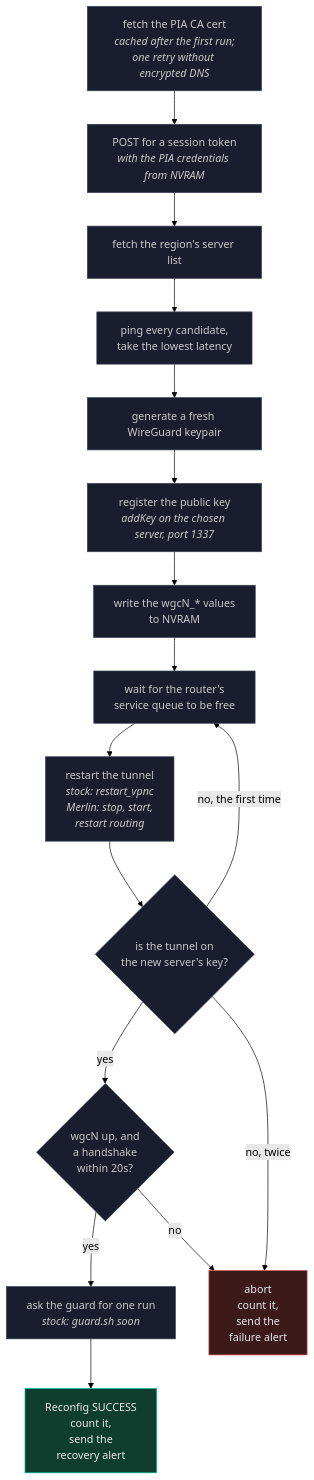
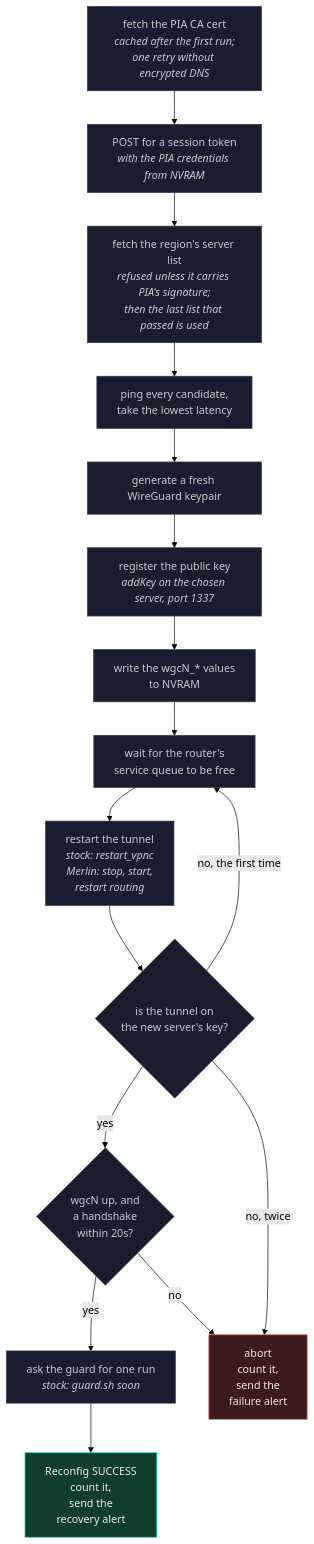
Diagram 11 of 12 in ARCHITECTURE.md (ExponentiallyDigital/cfg-pia-wg), drawn with Mermaid (forest theme) before and after one commit. The commit also changed other lines of this file and 31 other files, not shown here.

Commit message:
v0.8.127 build 497 - verify PIA server list signature, final widget test.

````diff
--- a/ARCHITECTURE.md
+++ b/ARCHITECTURE.md
@@ -1565,28 +1565,28 @@
 ```mermaid
 flowchart TD
     A["fetch the PIA CA cert<br/><i>cached after the first run;</i><br/><i>one retry without encrypted DNS</i>"] --> B
     B["POST for a session token<br/><i>with the PIA credentials from NVRAM</i>"] --> C
-    C["fetch the region's server list"] --> D
+    C["fetch the region's server list<br/><i>refused unless it carries PIA's signature;</i><br/><i>then the last list that passed is used</i>"] --> D
     D["ping every candidate,<br/>take the lowest latency"] --> E
     E["generate a fresh WireGuard keypair"] --> F
     F["register the public key<br/><i>addKey on the chosen server, port 1337</i>"] --> G
     G["write the wgcN_* values<br/>to NVRAM"] --> W
     W["wait for the router's<br/>service queue to be free"] --> H
     H["restart the tunnel<br/><i>stock: restart_vpnc</i><br/><i>Merlin: stop, start,</i><br/><i>restart routing</i>"] --> T
     T{"is the tunnel on<br/>the new server's key?"}
     T -->|"no, the first time"| W
     T -->|yes| K
     K{"wgcN up, and<br/>a handshake<br/>within 20s?"}
     K -->|yes| GS["ask the guard for one run<br/><i>stock: guard.sh soon</i>"]
     GS --> OK["Reconfig SUCCESS<br/>count it,<br/>send the<br/>recovery alert"]
     K -->|no| FAIL["abort<br/>count it,<br/>send the<br/>failure alert"]
     T -->|"no, twice"| FAIL
 
     classDef go fill:#0F3D2E,stroke:#00D4AA,color:#E8E8E8
     classDef bad fill:#3D1A1A,stroke:#E05252,color:#E8E8E8
     classDef work fill:#3D2E0F,stroke:#E0A800,color:#E8E8E8
     classDef step fill:#1A1D2E,stroke:#3A3F55,color:#C8C8C8
     class OK go
     class FAIL bad
     class A,B,C,D,E,F,G,W,H,T,K,GS step
 ```
````
